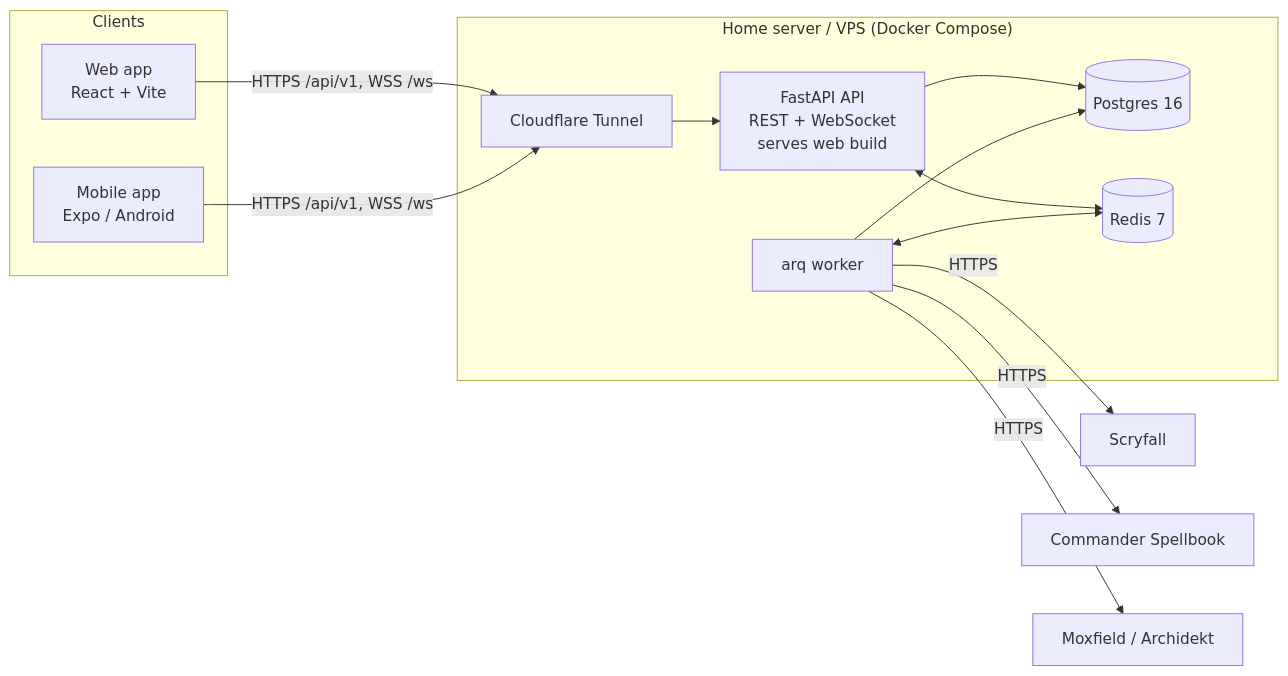
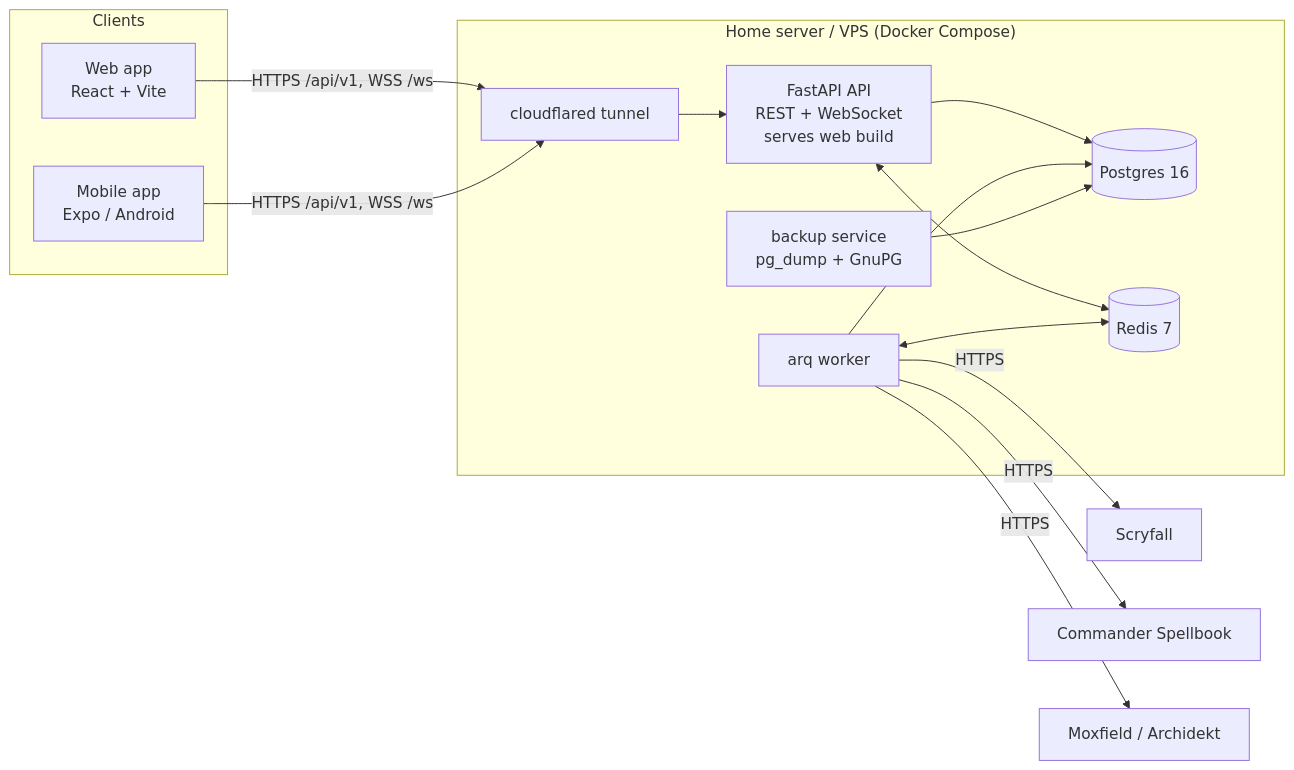
The first of 5 diagrams in docs/architecture.md (Rocket-Racoon/mtg-stats), drawn with Mermaid before and after one commit. The commit also changed other lines of this file and 9 other files, not shown here.

First line of the commit message:
docs: address PR #448 review (error envelope, domain graph, guardrails)

````diff
--- a/docs/architecture.md
+++ b/docs/architecture.md
@@ -10,19 +10,20 @@
 ```mermaid
 flowchart LR
   subgraph Clients
     W[Web app<br/>React + Vite]
     M[Mobile app<br/>Expo / Android]
   end
   subgraph Server["Home server / VPS (Docker Compose)"]
-    CF[Cloudflare Tunnel] --> API[FastAPI API<br/>REST + WebSocket<br/>serves web build]
+    CF[cloudflared tunnel] --> API[FastAPI API<br/>REST + WebSocket<br/>serves web build]
     API --> PG[(Postgres 16)]
     API <--> R[(Redis 7)]
     WK[arq worker] --> PG
     WK <--> R
+    BK[backup service<br/>pg_dump + GnuPG] --> PG
   end
   W -- HTTPS /api/v1, WSS /ws --> CF
   M -- HTTPS /api/v1, WSS /ws --> CF
   WK -- HTTPS --> SF[Scryfall]
   WK -- HTTPS --> CS[Commander Spellbook]
   WK -- HTTPS --> MX[Moxfield / Archidekt]
 ```
````
